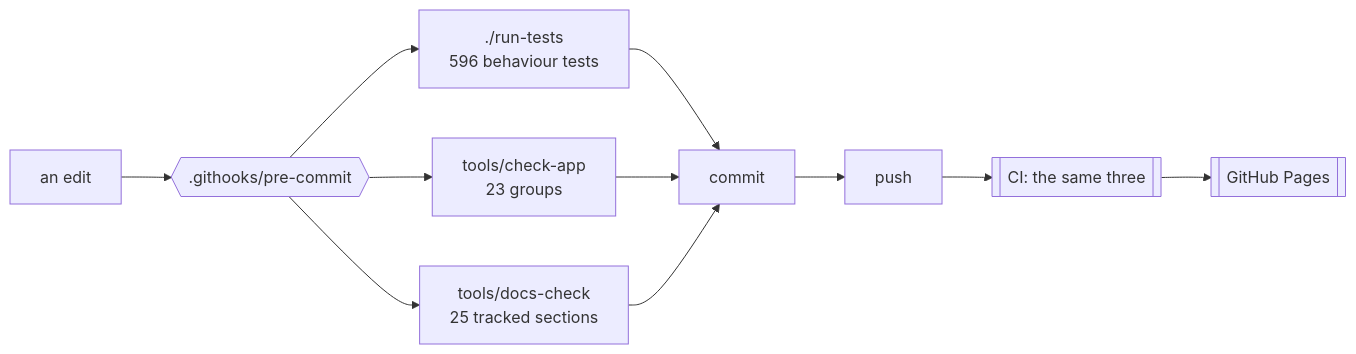
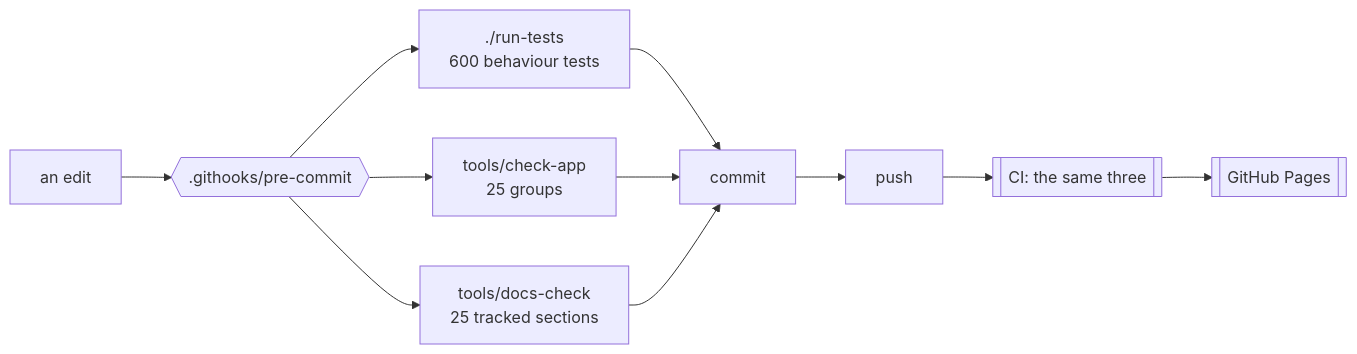
Before and after one commit to minormending/crystal-pilot-mobile: the first of 2 diagrams in docs/DEVELOPING.md, drawn with Mermaid. The commit also changed other lines of this file and 6 other files, not shown here.

````diff
--- a/docs/DEVELOPING.md
+++ b/docs/DEVELOPING.md
@@ -15,12 +15,12 @@
 ```mermaid
 flowchart LR
     E[an edit] --> H{{".githooks/pre-commit"}}
-    H --> T["./run-tests<br/>596 behaviour tests"]
-    H --> C["tools/check-app<br/>23 groups"]
+    H --> T["./run-tests<br/>600 behaviour tests"]
+    H --> C["tools/check-app<br/>25 groups"]
     H --> D["tools/docs-check<br/>25 tracked sections"]
     T --> OK[commit]
     C --> OK
     D --> OK
     OK --> P[push] --> CI[["CI: the same three"]]
     CI --> PG[[GitHub Pages]]
 ```
````
